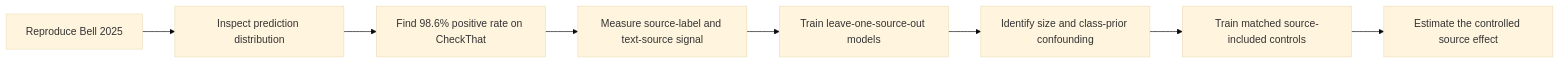
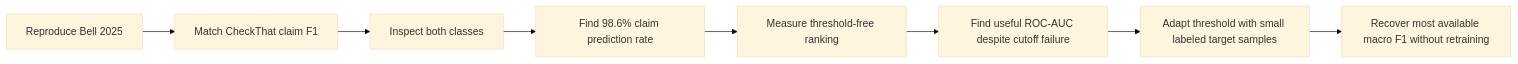
One commit to newrohansinha/claim-detector changed the first of 2 diagrams in README.md. Above: the diagram before and after it, drawn with Mermaid (base theme). The commit also changed other lines of this file and 10 other files, not shown here.

Commit message:
feat: measure target threshold adaptation

````diff
--- a/README.md
+++ b/README.md
@@ -98,10 +76,10 @@
 ```mermaid
 flowchart LR
-  A[Reproduce Bell 2025] --> B[Inspect prediction distribution]
-  B --> C[Find 98.6% positive rate on CheckThat]
-  C --> D[Measure source-label and text-source signal]
-  D --> E[Train leave-one-source-out models]
-  E --> F[Identify size and class-prior confounding]
-  F --> G[Train matched source-included controls]
-  G --> H[Estimate the controlled source effect]
+  A[Reproduce Bell 2025] --> B[Match CheckThat claim F1]
+  B --> C[Inspect both classes]
+  C --> D[Find 98.6% claim prediction rate]
+  D --> E[Measure threshold-free ranking]
+  E --> F[Find useful ROC-AUC despite cutoff failure]
+  F --> G[Adapt threshold with small labeled target samples]
+  G --> H[Recover most available macro F1 without retraining]
 ```
````
